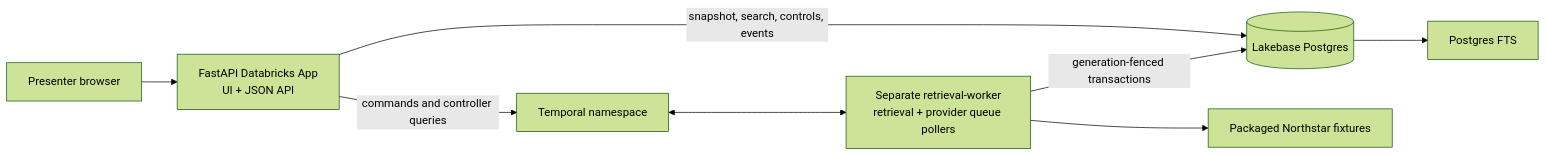
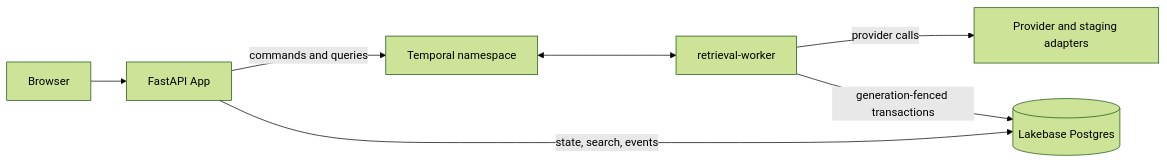
Before and after one commit to temporal-sa/golden-retriever: the diagram in docs/lakebase-temporal-demo-spec.md, drawn with Mermaid (forest theme). The commit also changed other lines of this file and 15 other files, not shown here.

````diff
--- a/docs/lakebase-temporal-demo-spec.md
+++ b/docs/lakebase-temporal-demo-spec.md
@@ -74,10 +39,9 @@
 ```mermaid
 flowchart LR
-    browser["Presenter browser"] --> app["FastAPI Databricks App<br/>UI + JSON API"]
-    app -->|"commands and controller queries"| temporal["Temporal namespace"]
-    app -->|"snapshot, search, controls, events"| lakebase[("Lakebase Postgres")]
-    temporal <--> worker["Separate retrieval-worker<br/>retrieval + provider queue pollers"]
-    worker -->|"generation-fenced transactions"| lakebase
-    worker --> fixtures["Packaged Northstar fixtures"]
-    lakebase --> search["Postgres FTS"]
+    browser[Browser] --> app[FastAPI App]
+    app -->|commands and queries| temporal[Temporal namespace]
+    app -->|state, search, events| lakebase[(Lakebase Postgres)]
+    temporal <--> worker[retrieval-worker]
+    worker -->|provider calls| provider[Provider and staging adapters]
+    worker -->|generation-fenced transactions| lakebase
 ```
````
